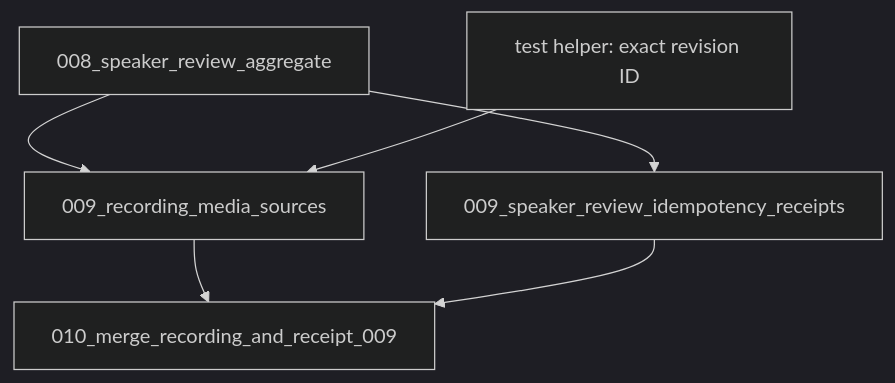
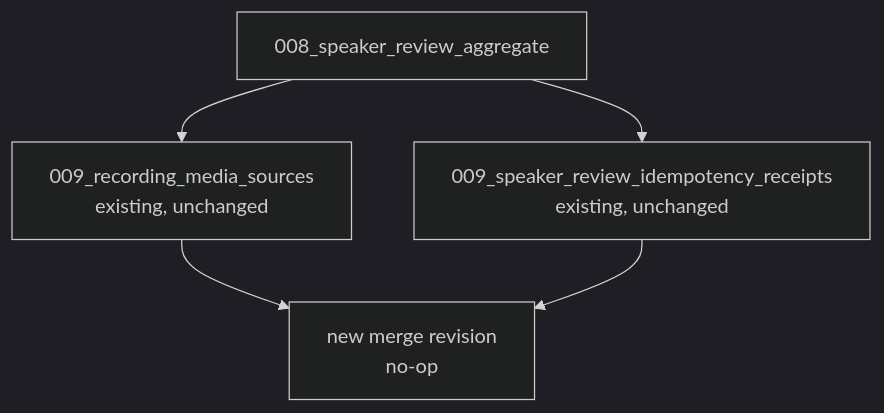
The first of 2 diagrams in .spectra/specs/bugfix-migration-009-lineage/design.md (lufermalgo/sauri), drawn with Mermaid (dark theme) before and after one commit. The commit also changed other lines of this file, not shown here.

````diff
--- a/.spectra/specs/bugfix-migration-009-lineage/design.md
+++ b/.spectra/specs/bugfix-migration-009-lineage/design.md
@@ -36,8 +45,11 @@
 ```mermaid
 graph TD
-    A["008_speaker_review_aggregate"] --> B["009_recording_media_sources"]
-    A --> C["009_speaker_review_idempotency_receipts"]
-    B --> D["010_merge_recording_and_receipt_009"]
-    C --> D
-    T["test helper: exact revision ID"] --> B
+    P["008_speaker_review_aggregate"]
+    A["009_recording_media_sources<br/>existing, unchanged"]
+    B["009_speaker_review_idempotency_receipts<br/>existing, unchanged"]
+    M["new merge revision<br/>no-op"]
+    P --> A
+    P --> B
+    A --> M
+    B --> M
 ```
````
